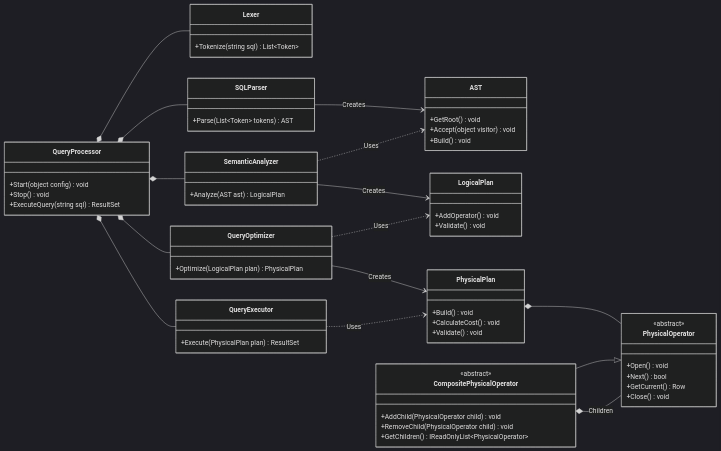
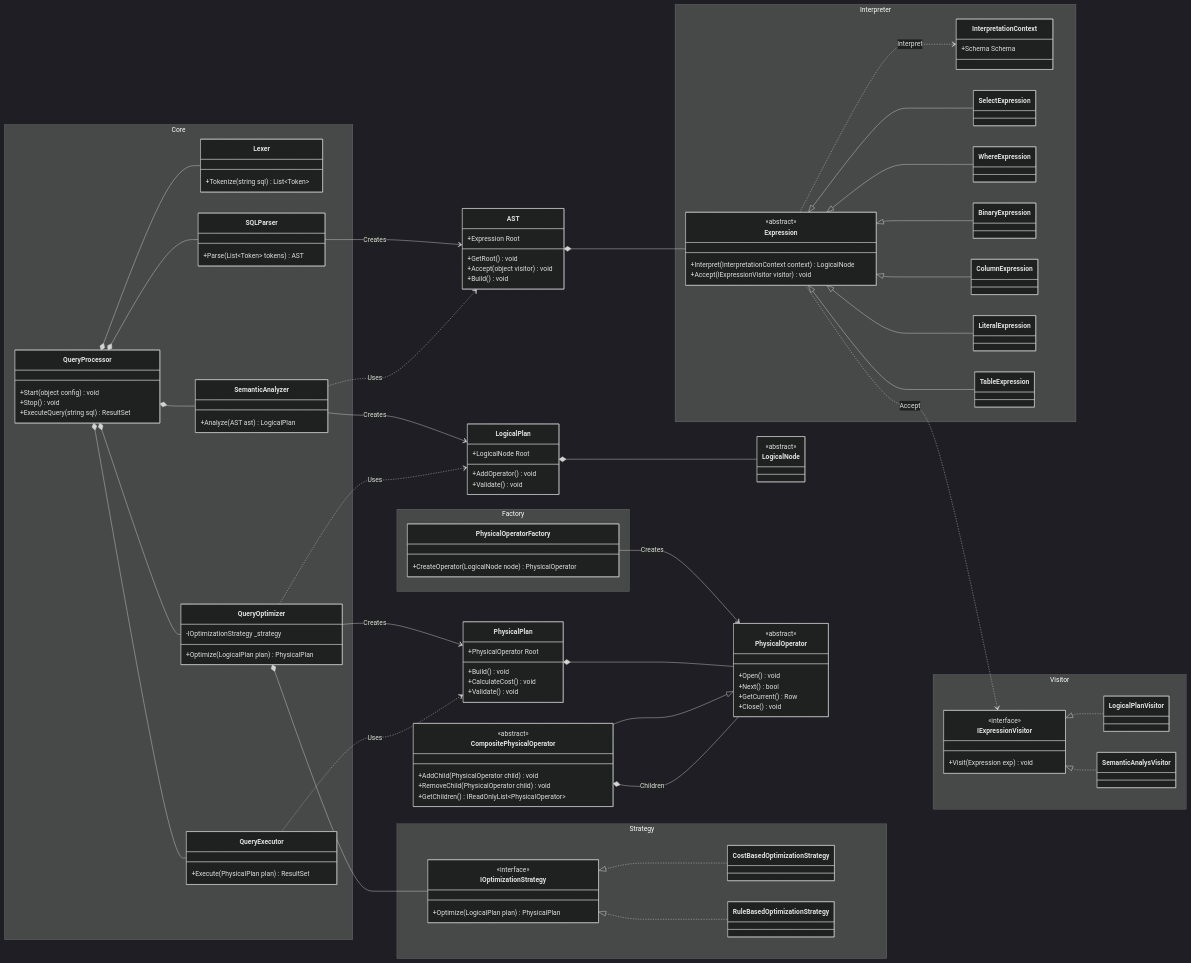
The fourth of 52 diagrams in README.md (manaxpow/DBMS), drawn with Mermaid (dark theme) before and after one commit. The commit also changed other lines of this file, not shown here.

Commit message:
Update class diagram in main README

````diff
--- a/README.md
+++ b/README.md
@@ -241,40 +265,94 @@
 ```mermaid
 classDiagram
     direction LR
-    class QueryProcessor {
-        +Start(object config) void
-        +Stop() void
-        +ExecuteQuery(string sql) ResultSet
+
+    namespace Core {
+        class QueryProcessor {
+            +Start(object config) void
+            +Stop() void
+            +ExecuteQuery(string sql) ResultSet
+        }
+        class Lexer {
+            +Tokenize(string sql) List~Token~
+        }
+        class SQLParser {
+            +Parse(List~Token~ tokens) AST
+        }
+        class SemanticAnalyzer {
+            +Analyze(AST ast) LogicalPlan
+        }
+        class QueryOptimizer {
+            -IOptimizationStrategy _strategy
+            +Optimize(LogicalPlan plan) PhysicalPlan
+        }
+        class QueryExecutor {
+            +Execute(PhysicalPlan plan) ResultSet
+        }
     }
-    class Lexer {
-        +Tokenize(string sql) List~Token~
+
+    namespace Interpreter {
+        class Expression {
+            <<abstract>>
+            +Interpret(InterpretationContext context) LogicalNode
+            +Accept(IExpressionVisitor visitor) void
+        }
+        class InterpretationContext {
+            +Schema Schema
+        }
+        class SelectExpression
+        class WhereExpression
+        class BinaryExpression
+        class ColumnExpression
+        class LiteralExpression
+        class TableExpression
     }
-    class SQLParser {
-        +Parse(List~Token~ tokens) AST
+
+    namespace Visitor {
+        class IExpressionVisitor {
+            <<interface>>
+            +Visit(Expression exp) void
+        }
+        class LogicalPlanVisitor
+        class SemanticAnalysVisitor
     }
-    class SemanticAnalyzer {
-        +Analyze(AST ast) LogicalPlan
+
+    namespace Strategy {
+        class IOptimizationStrategy {
+            <<interface>>
+            +Optimize(LogicalPlan plan) PhysicalPlan
+        }
+        class CostBasedOptimizationStrategy
+        class RuleBasedOptimizationStrategy
     }
-    class QueryOptimizer {
-        +Optimize(LogicalPlan plan) PhysicalPlan
+
+    namespace Factory {
+        class PhysicalOperatorFactory {
+            +CreateOperator(LogicalNode node) PhysicalOperator
+        }
     }
-    class QueryExecutor {
-        +Execute(PhysicalPlan plan) ResultSet
-    }
+
     class AST {
+        +Expression Root
         +GetRoot() void
         +Accept(object visitor) void
         +Build() void
     }
     class LogicalPlan {
+        +LogicalNode Root
         +AddOperator() void
         +Validate() void
     }
     class PhysicalPlan {
+        +PhysicalOperator Root
         +Build() void
         +CalculateCost() void
         +Validate() void
     }
+    
+    class LogicalNode {
+        <<abstract>>
+    }
+    
     class PhysicalOperator {
         <<abstract>>
         +Open() void
@@ -303,6 +381,27 @@
     QueryOptimizer ..> LogicalPlan : Uses
     QueryExecutor ..> PhysicalPlan : Uses
     
+    QueryOptimizer *-- IOptimizationStrategy
+    IOptimizationStrategy <|.. CostBasedOptimizationStrategy
+    IOptimizationStrategy <|.. RuleBasedOptimizationStrategy
+
+    AST *-- Expression
+    Expression <|-- SelectExpression
+    Expression <|-- WhereExpression
+    Expression <|-- BinaryExpression
+    Expression <|-- ColumnExpression
+    Expression <|-- LiteralExpression
+    Expression <|-- TableExpression
+
+    Expression ..> InterpretationContext : Interpret
+    Expression ..> IExpressionVisitor : Accept
+    
+    IExpressionVisitor <|.. LogicalPlanVisitor
+    IExpressionVisitor <|.. SemanticAnalysVisitor
+
+    PhysicalOperatorFactory --> PhysicalOperator : Creates
+    
+    LogicalPlan *-- LogicalNode
     PhysicalPlan *-- PhysicalOperator
     CompositePhysicalOperator --|> PhysicalOperator
     CompositePhysicalOperator *-- PhysicalOperator : Children
````
